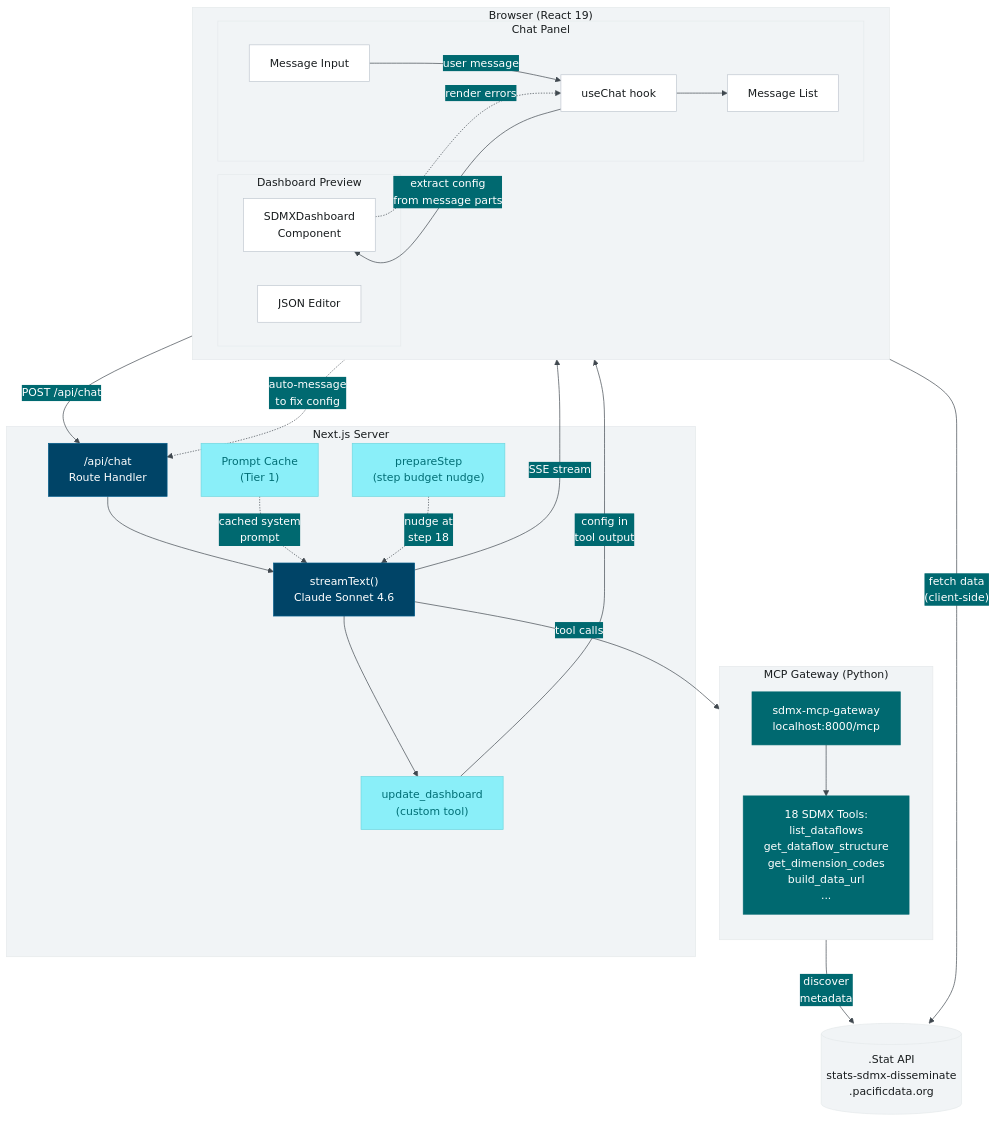
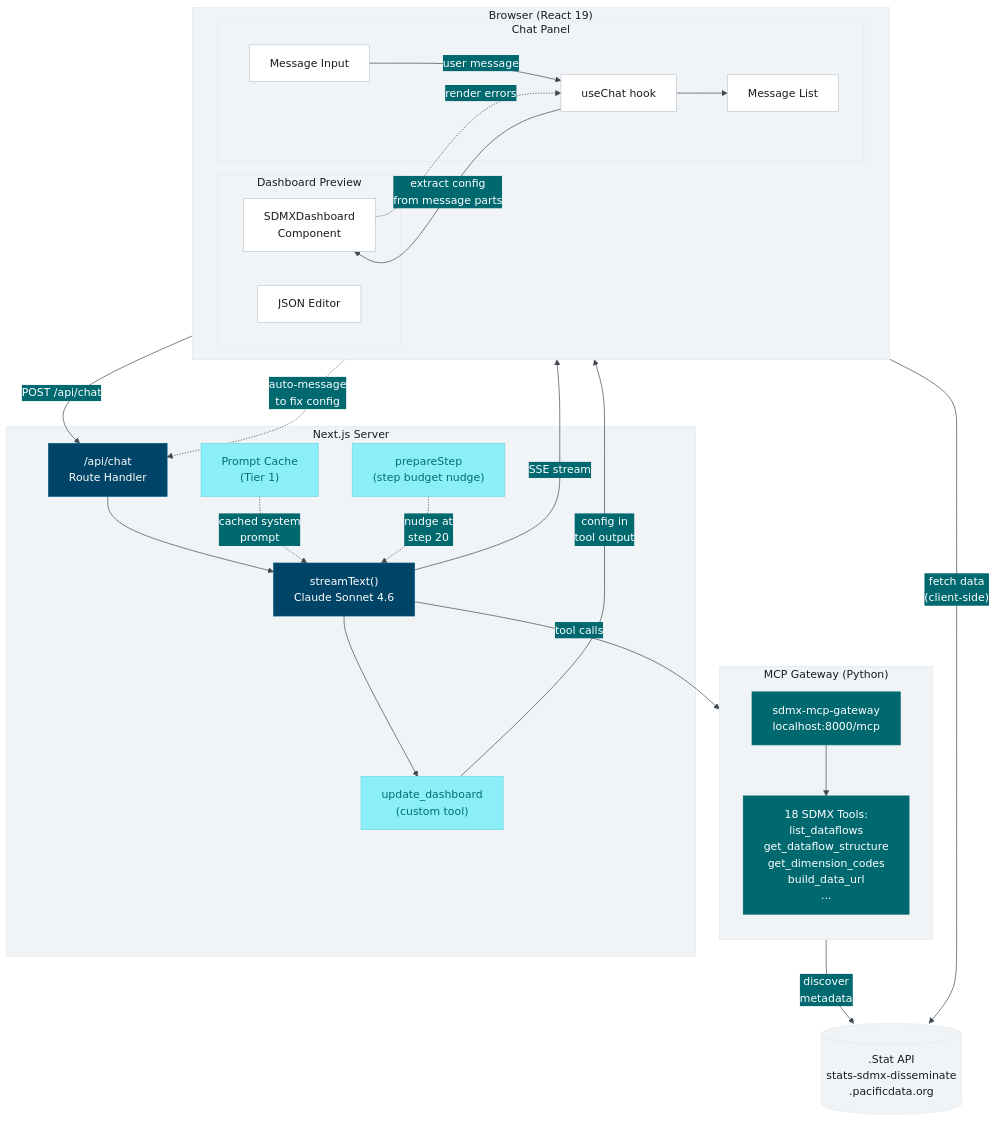
The diagram in docs/architecture.mmd (PacificCommunity/sdmx-surfer), drawn with Mermaid before and after one commit. The commit also changed 13 other files, not shown here.

```diff
--- a/docs/architecture.mmd
+++ b/docs/architecture.mmd
@@ -1,89 +1,89 @@
 %%{init: {
   "theme": "base",
   "themeVariables": {
     "primaryColor": "#004467",
     "primaryTextColor": "#ffffff",
     "primaryBorderColor": "#005c8a",
     "secondaryColor": "#006970",
     "secondaryTextColor": "#ffffff",
     "secondaryBorderColor": "#006970",
     "tertiaryColor": "#f1f4f6",
     "tertiaryTextColor": "#181c1e",
     "tertiaryBorderColor": "#e5e9eb",
     "noteBkgColor": "#8aeff9",
     "noteTextColor": "#006e75",
     "noteBorderColor": "#6fd6df",
     "lineColor": "#40484f",
     "textColor": "#181c1e",
     "mainBkg": "#f7fafc",
     "nodeBorder": "#c0c7d0",
     "clusterBkg": "#f1f4f6",
     "clusterBorder": "#e5e9eb",
     "fontFamily": "Inter, system-ui, sans-serif"
   }
 }}%%
 
 flowchart TB
   subgraph Browser["Browser (React 19)"]
     direction LR
     subgraph ChatUI["Chat Panel"]
       UC[useChat hook]
       MI[Message Input]
       ML[Message List]
     end
     subgraph Preview["Dashboard Preview"]
       SDX[SDMXDashboard\nComponent]
       JE[JSON Editor]
     end
   end
 
   subgraph Server["Next.js Server"]
     API["/api/chat\nRoute Handler"]
     ST["streamText()\nClaude Sonnet 4.6"]
     UD["update_dashboard\n(custom tool)"]
     PS["prepareStep\n(step budget nudge)"]
     Cache["Prompt Cache\n(Tier 1)"]
   end
 
   subgraph MCP["MCP Gateway (Python)"]
     direction TB
     MCPSrv["sdmx-mcp-gateway\nlocalhost:8000/mcp"]
     Tools["18 SDMX Tools:\nlist_dataflows\nget_dataflow_structure\nget_dimension_codes\nbuild_data_url\n..."]
   end
 
   STAT[(".Stat API\nstats-sdmx-disseminate\n.pacificdata.org")]
 
   %% User flow
   MI -->|"user message"| UC
   UC -->|"POST /api/chat"| API
   API --> ST
   ST -->|"tool calls"| MCPSrv
   MCPSrv --> Tools
   ST --> UD
   UD -->|"config in\ntool output"| UC
   UC -->|"extract config\nfrom message parts"| SDX
   ST -->|"SSE stream"| UC
   UC --> ML
   Cache -.->|"cached system\nprompt"| ST
-  PS -.->|"nudge at\nstep 18"| ST
+  PS -.->|"nudge at\nstep 20"| ST
 
   %% Data flow
   SDX -->|"fetch data\n(client-side)"| STAT
   Tools -->|"discover\nmetadata"| STAT
 
   %% Error feedback
   SDX -.->|"render errors"| UC
   UC -.->|"auto-message\nto fix config"| API
 
   %% Styling
   classDef primary fill:#004467,stroke:#005c8a,color:#fff
   classDef secondary fill:#006970,stroke:#006970,color:#fff
   classDef surface fill:#ffffff,stroke:#c0c7d0,color:#181c1e
   classDef external fill:#f1f4f6,stroke:#e5e9eb,color:#181c1e
   classDef accent fill:#8aeff9,stroke:#6fd6df,color:#006e75
 
   class API,ST primary
   class MCPSrv,Tools secondary
   class UC,MI,ML,SDX,JE surface
   class STAT external
   class UD,PS,Cache accent
```
